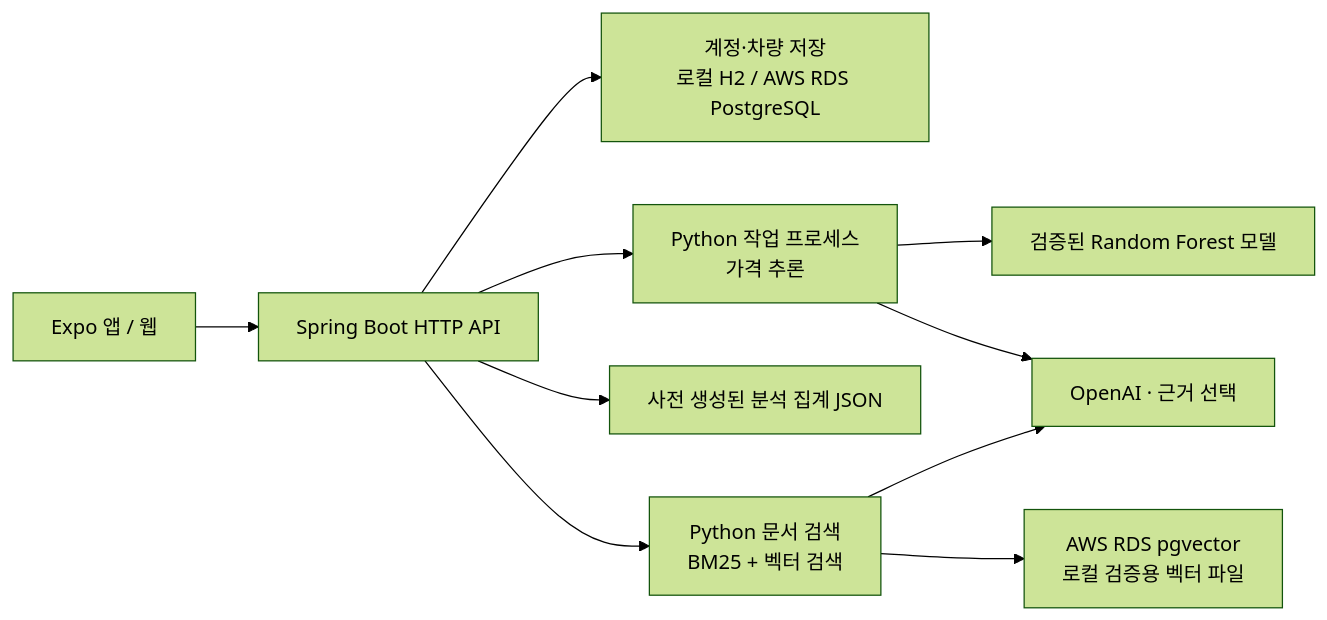
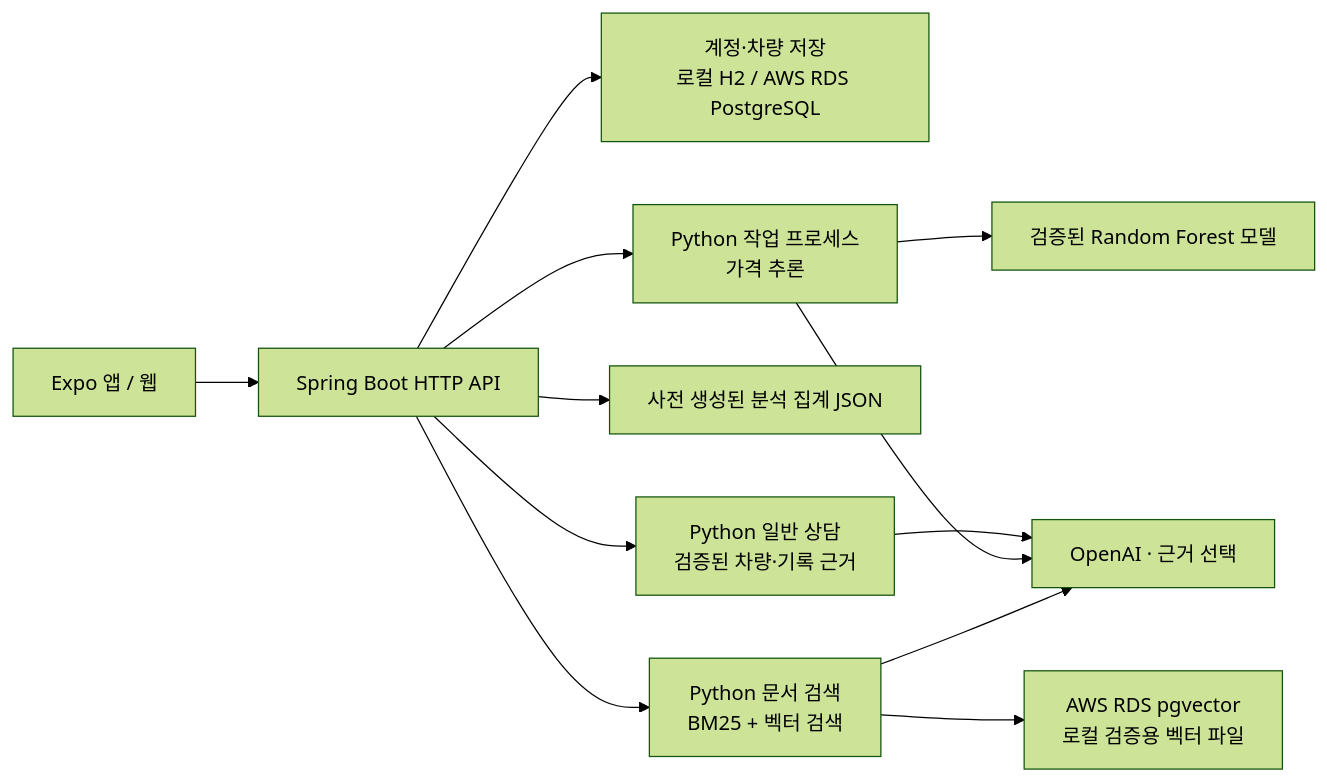
Before and after one commit to cloud-project-mobility/make_drive_mate: the first of 2 diagrams in README.md, drawn with Mermaid (forest theme). The commit also changed other lines of this file and 51 other files, not shown here.

````diff
--- a/README.md
+++ b/README.md
@@ -54,12 +59,14 @@
 ```mermaid
 flowchart LR
     UI["Expo 앱 / 웹"] --> API["Spring Boot HTTP API"]
     API --> DB["계정·차량 저장<br/>로컬 H2 / AWS RDS PostgreSQL"]
     API --> ML["Python 작업 프로세스<br/>가격 추론"]
     API --> REPORT["사전 생성된 분석 집계 JSON"]
     API --> RAG["Python 문서 검색<br/>BM25 + 벡터 검색"]
+    API --> ASSISTANT["Python 일반 상담<br/>검증된 차량·기록 근거"]
+    ASSISTANT --> LLM
     ML --> MODEL["검증된 Random Forest 모델"]
     RAG --> INDEX["AWS RDS pgvector<br/>로컬 검증용 벡터 파일"]
     ML --> LLM["OpenAI · 근거 선택"]
     RAG --> LLM
 ```
````
